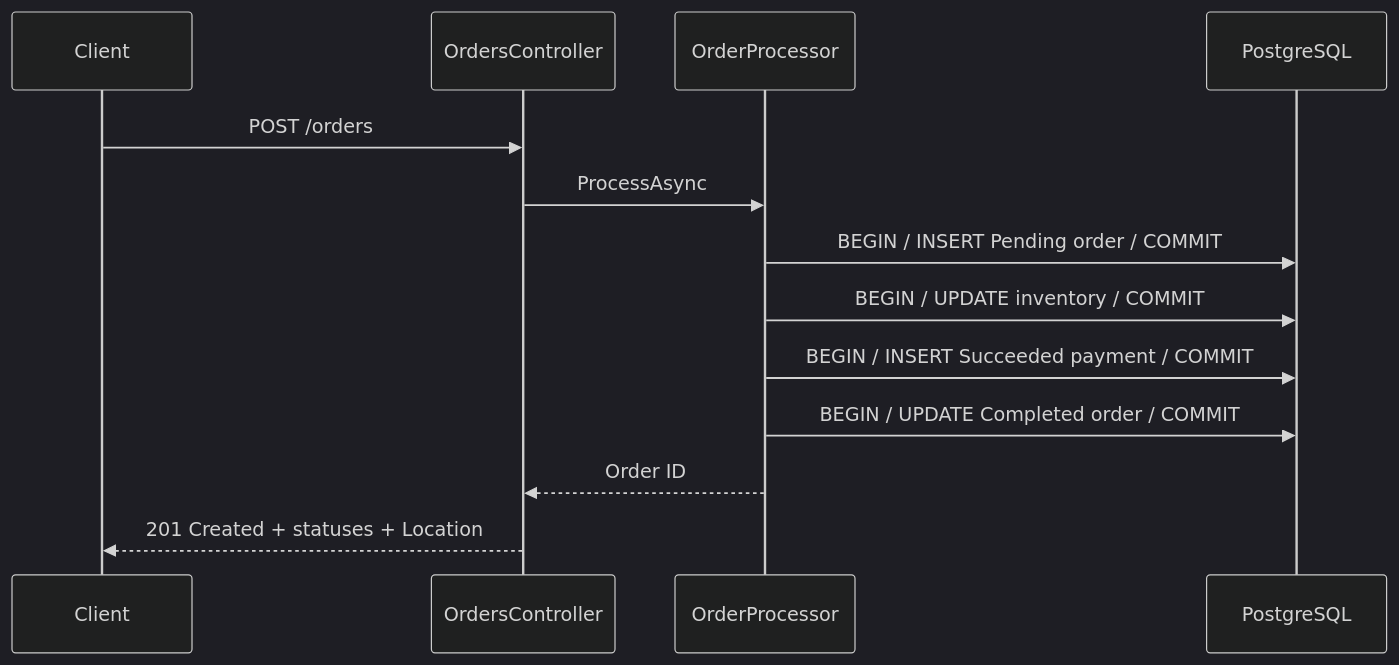
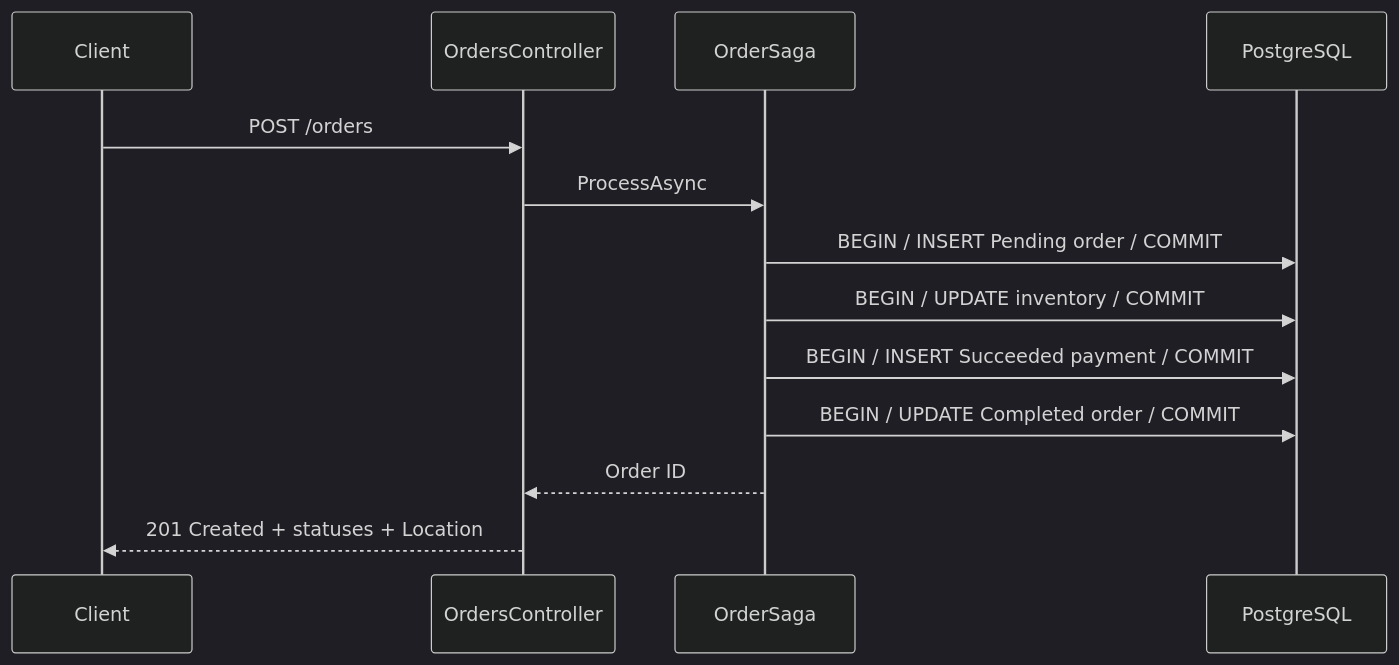
Before and after one commit to Luqa1/Engineering-Playground: the second of 3 diagrams in 05-saga-pattern/README.md, drawn with Mermaid (dark theme). The commit also changed other lines of this file and 6 other files, not shown here.

````diff
--- a/05-saga-pattern/README.md
+++ b/05-saga-pattern/README.md
@@ -33,15 +33,15 @@
 ```mermaid
 sequenceDiagram
     participant Client
     participant API as OrdersController
-    participant Processor as OrderProcessor
+    participant Processor as OrderSaga
     participant DB as PostgreSQL
     Client->>API: POST /orders
     API->>Processor: ProcessAsync
     Processor->>DB: BEGIN / INSERT Pending order / COMMIT
     Processor->>DB: BEGIN / UPDATE inventory / COMMIT
     Processor->>DB: BEGIN / INSERT Succeeded payment / COMMIT
     Processor->>DB: BEGIN / UPDATE Completed order / COMMIT
     Processor-->>API: Order ID
     API-->>Client: 201 Created + statuses + Location
 ```
````
